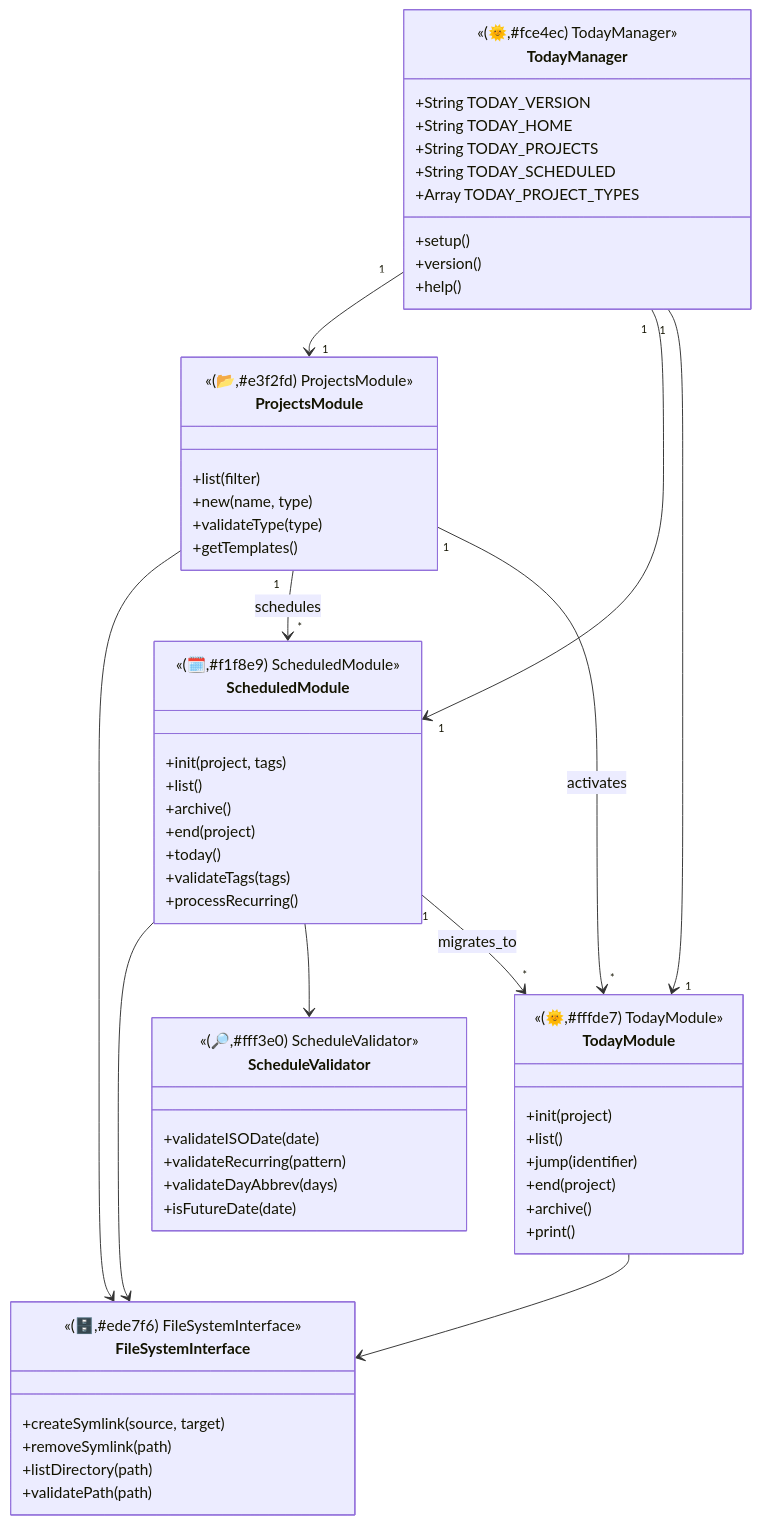
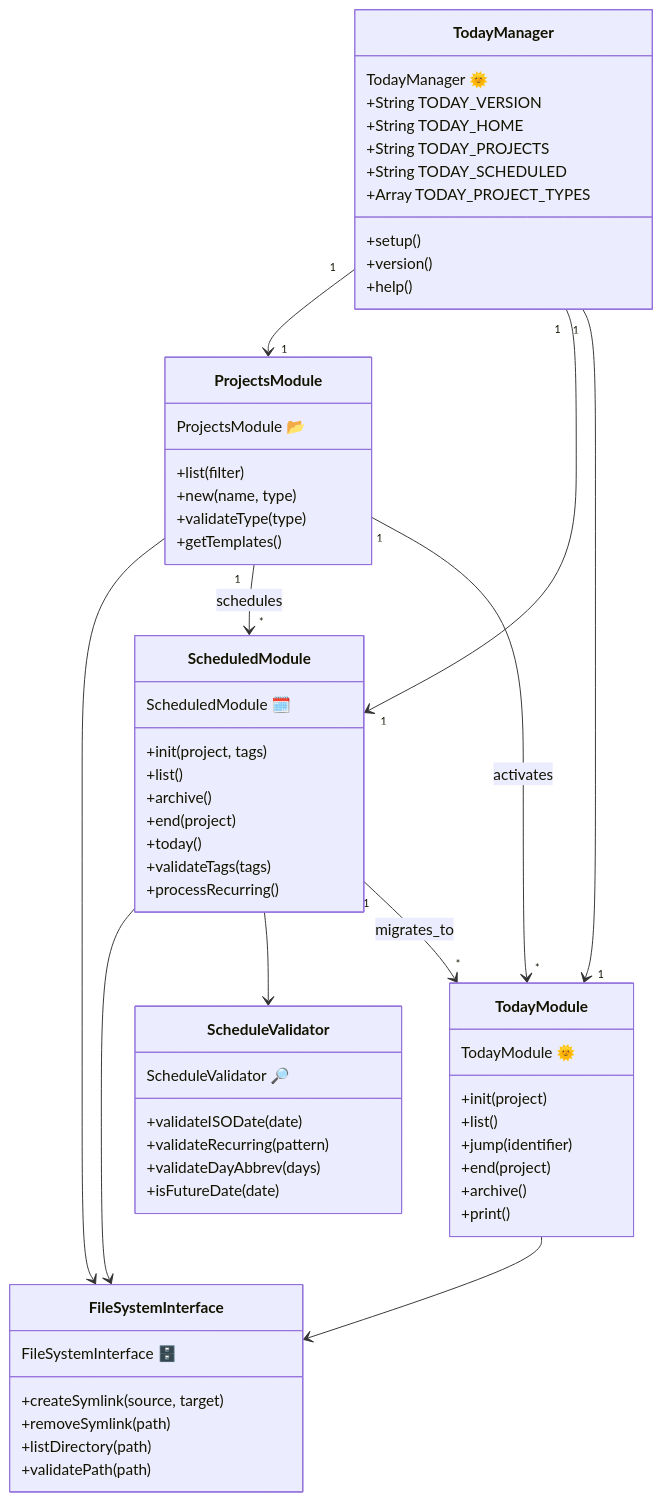
One commit to enogrob/project-today-manager changed the second of 4 diagrams in README.md. Above: the diagram before and after it, drawn with Mermaid.

Commit message:
update-readme

````diff
--- a/README.md
+++ b/README.md
@@ -106,64 +106,64 @@
 ```mermaid
 classDiagram
   class TodayManager {
-    <<(🌞,#fce4ec) TodayManager>>
+    TodayManager 🌞
     +String TODAY_VERSION
     +String TODAY_HOME
     +String TODAY_PROJECTS
     +String TODAY_SCHEDULED
     +Array TODAY_PROJECT_TYPES
     +setup()
     +version()
     +help()
   }
   class ProjectsModule {
-    <<(📂,#e3f2fd) ProjectsModule>>
+    ProjectsModule 📂
     +list(filter)
     +new(name, type)
     +validateType(type)
     +getTemplates()
   }
   class ScheduledModule {
-    <<(🗓️,#f1f8e9) ScheduledModule>>
+    ScheduledModule 🗓️
     +init(project, tags)
     +list()
     +archive()
     +end(project)
     +today()
     +validateTags(tags)
     +processRecurring()
   }
   class TodayModule {
-    <<(🌞,#fffde7) TodayModule>>
+    TodayModule 🌞
     +init(project)
     +list()
     +jump(identifier)
     +end(project)
     +archive()
     +print()
   }
   class FileSystemInterface {
-    <<(🗄️,#ede7f6) FileSystemInterface>>
+    FileSystemInterface 🗄️
     +createSymlink(source, target)
     +removeSymlink(path)
     +listDirectory(path)
     +validatePath(path)
   }
   class ScheduleValidator {
-    <<(🔎,#fff3e0) ScheduleValidator>>
+    ScheduleValidator 🔎
     +validateISODate(date)
     +validateRecurring(pattern)
     +validateDayAbbrev(days)
     +isFutureDate(date)
   }
   TodayManager "1" --> "1" ProjectsModule
   TodayManager "1" --> "1" ScheduledModule
   TodayManager "1" --> "1" TodayModule
   ProjectsModule --> FileSystemInterface
   ScheduledModule --> FileSystemInterface
   TodayModule --> FileSystemInterface
   ScheduledModule --> ScheduleValidator
   ScheduledModule "1" --> "*" TodayModule : migrates_to
   ProjectsModule "1" --> "*" ScheduledModule : schedules
   ProjectsModule "1" --> "*" TodayModule : activates
 ```
````
